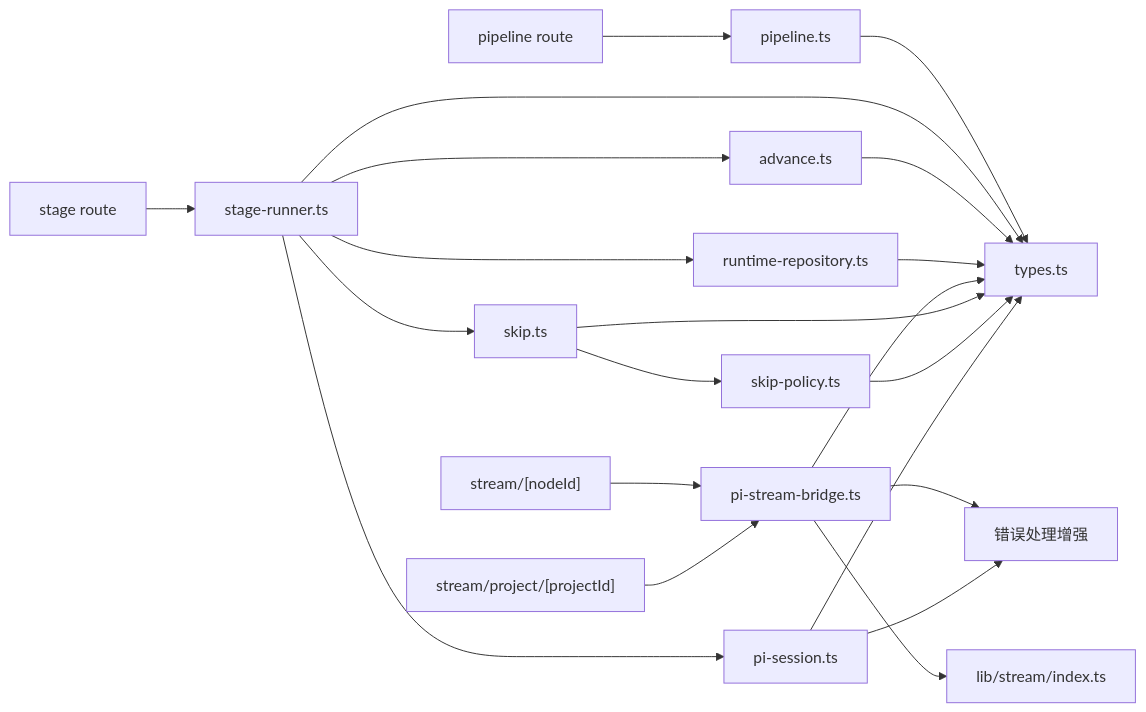
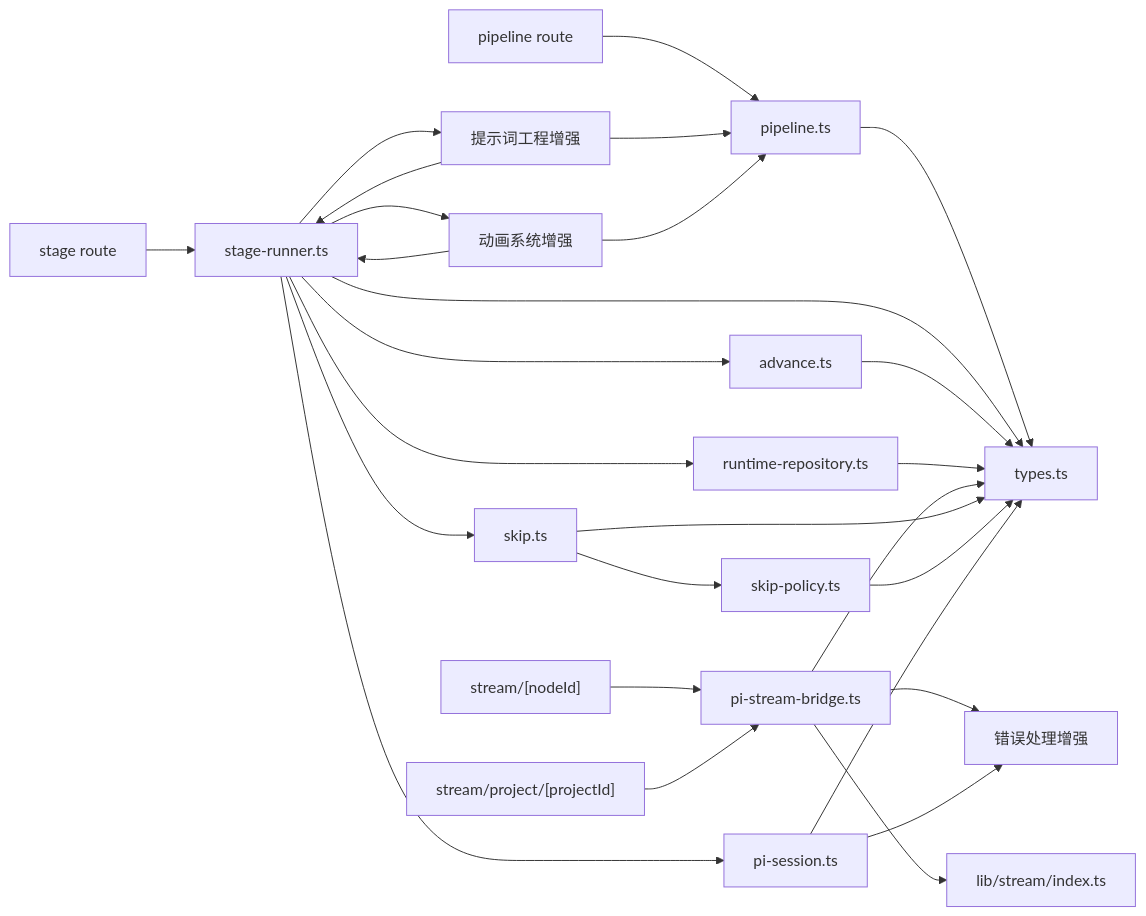
The ninth of 9 diagrams in .qoder/repowiki/zh/content/API参考/导演系统API/导演系统API.md (scottcwy/PurpleInk), drawn with Mermaid before and after one commit. The commit also changed other lines of this file and 23 other files, not shown here.

````diff
--- a/.qoder/repowiki/zh/content/API参考/导演系统API/导演系统API.md
+++ b/.qoder/repowiki/zh/content/API参考/导演系统API/导演系统API.md
@@ -446,23 +549,29 @@
 ```mermaid
 graph LR
 Route_Pipeline["pipeline route"] --> Feature_Pipeline["pipeline.ts"]
 Route_Stage["stage route"] --> Feature_StageRunner["stage-runner.ts"]
 Feature_StageRunner --> Feature_Advance["advance.ts"]
 Feature_StageRunner --> Feature_RuntimeRepo["runtime-repository.ts"]
 Feature_StageRunner --> Feature_Skip["skip.ts"]
 Feature_StageRunner --> Feature_PiSession["pi-session.ts"]
+Feature_StageRunner --> Feature_PromptEng["提示词工程增强"]
+Feature_StageRunner --> Feature_Animation["动画系统增强"]
 Feature_Skip --> Feature_SkipPolicy["skip-policy.ts"]
 Route_Stream_Node["stream/[nodeId]"] --> Feature_StreamBridge["pi-stream-bridge.ts"]
 Route_Stream_Project["stream/project/[projectId]"] --> Feature_StreamBridge
 Feature_StreamBridge --> Lib_Stream["lib/stream/index.ts"]
 Feature_StreamBridge --> ErrorEnhancement["错误处理增强"]
 Feature_PiSession --> ErrorEnhancement
+Feature_PromptEng --> Feature_Pipeline
+Feature_PromptEng --> Feature_StageRunner
+Feature_Animation --> Feature_Pipeline
+Feature_Animation --> Feature_StageRunner
 Feature_Pipeline --> Feature_Types["types.ts"]
 Feature_StageRunner --> Feature_Types
 Feature_Advance --> Feature_Types
 Feature_RuntimeRepo --> Feature_Types
 Feature_StreamBridge --> Feature_Types
 Feature_Skip --> Feature_Types
 Feature_SkipPolicy --> Feature_Types
 Feature_PiSession --> Feature_Types
 ```
````
